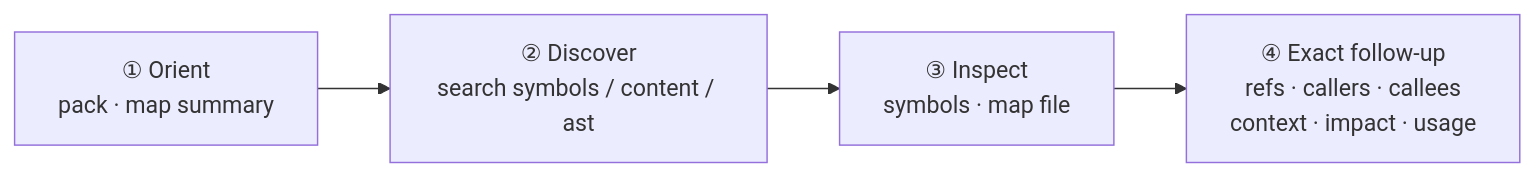
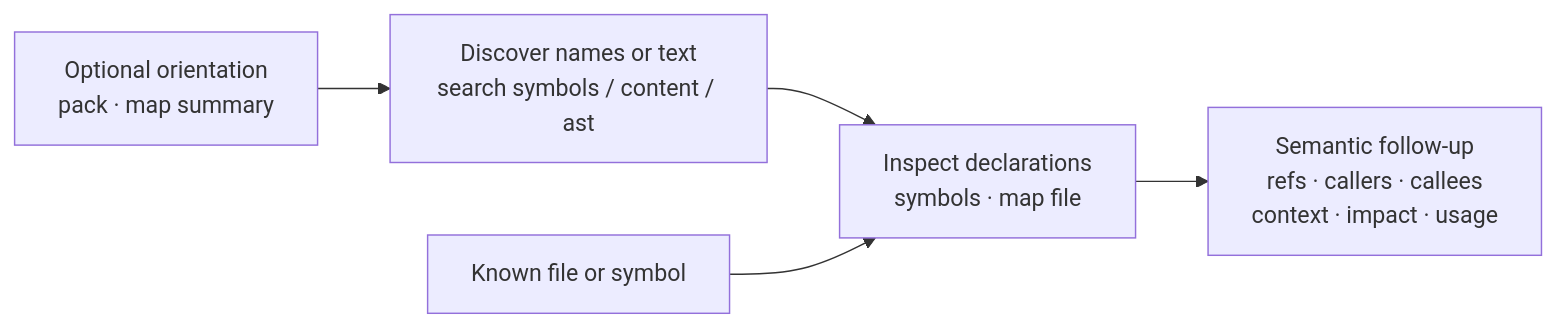
One commit to junyeong-ai/symora changed the second of 2 diagrams in README.en.md. Above: the diagram before and after it, drawn with Mermaid. The commit also changed other lines of this file and 61 other files, not shown here.

````diff
--- a/README.en.md
+++ b/README.en.md
@@ -92,6 +92,7 @@
 ```mermaid
 flowchart LR
-    O["① Orient<br/>pack · map summary"] --> D["② Discover<br/>search symbols / content / ast"]
-    D --> I["③ Inspect<br/>symbols · map file"]
-    I --> X["④ Exact follow-up<br/>refs · callers · callees<br/>context · impact · usage"]
+    O["Optional orientation<br/>pack · map summary"] --> D["Discover names or text<br/>search symbols / content / ast"]
+    D --> I["Inspect declarations<br/>symbols · map file"]
+    K["Known file or symbol"] --> I
+    I --> X["Semantic follow-up<br/>refs · callers · callees<br/>context · impact · usage"]
 ```
````
